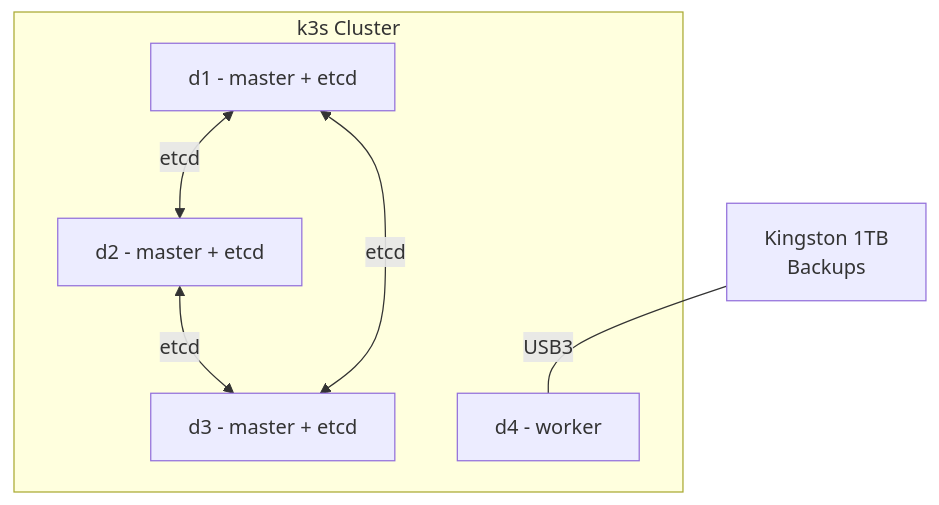
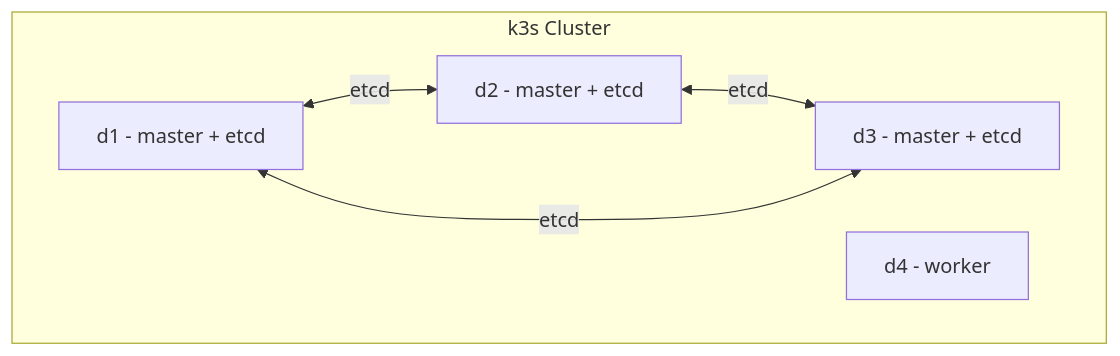
Before and after one commit to PearlFoe/homelab: the diagram in docs/en/v1/software.md, drawn with Mermaid. The commit also changed other lines of this file and 9 other files, not shown here.

````diff
--- a/docs/en/v1/software.md
+++ b/docs/en/v1/software.md
@@ -20,13 +20,12 @@
 ```mermaid
 graph TB
     subgraph k3s ["k3s Cluster"]
         D1["d1 - master + etcd"]
         D2["d2 - master + etcd"]
         D3["d3 - master + etcd"]
         D4["d4 - worker"]
         D1 <-->|etcd| D2
         D2 <-->|etcd| D3
         D1 <-->|etcd| D3
     end
-    SSD["Kingston 1TB\nBackups"] ---|USB3| D4
 ```
````
